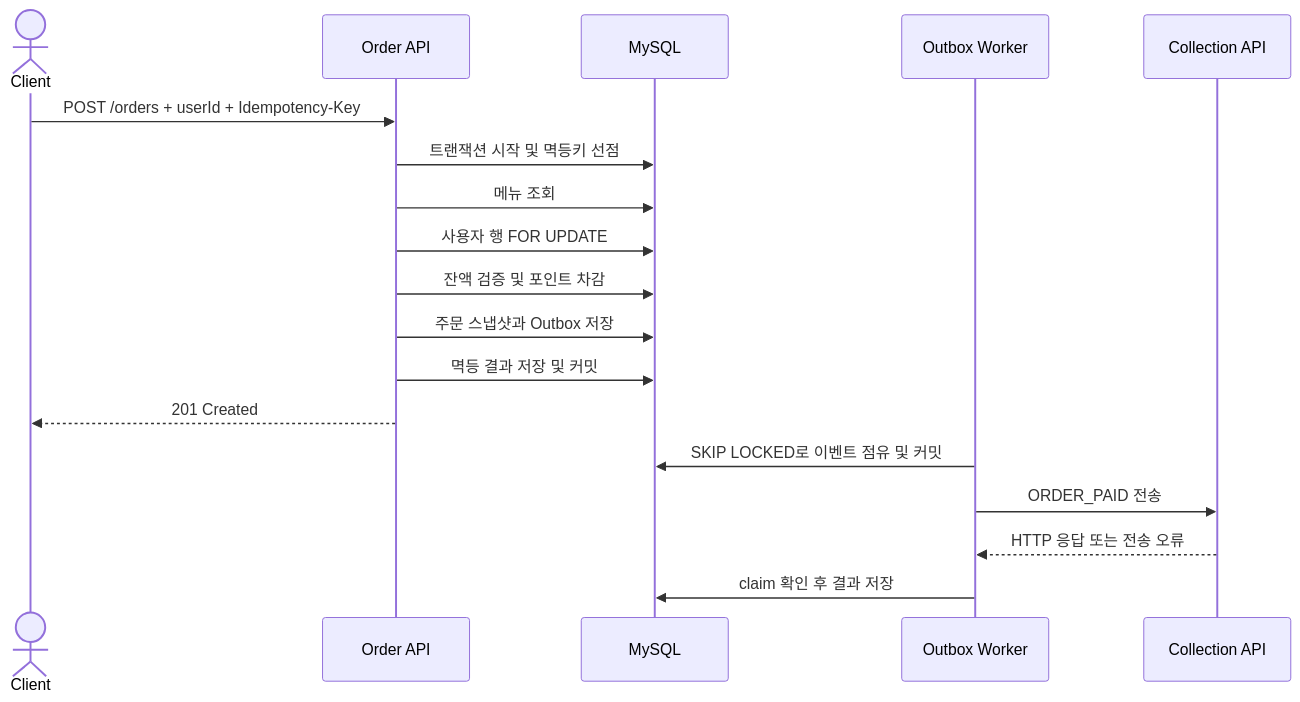
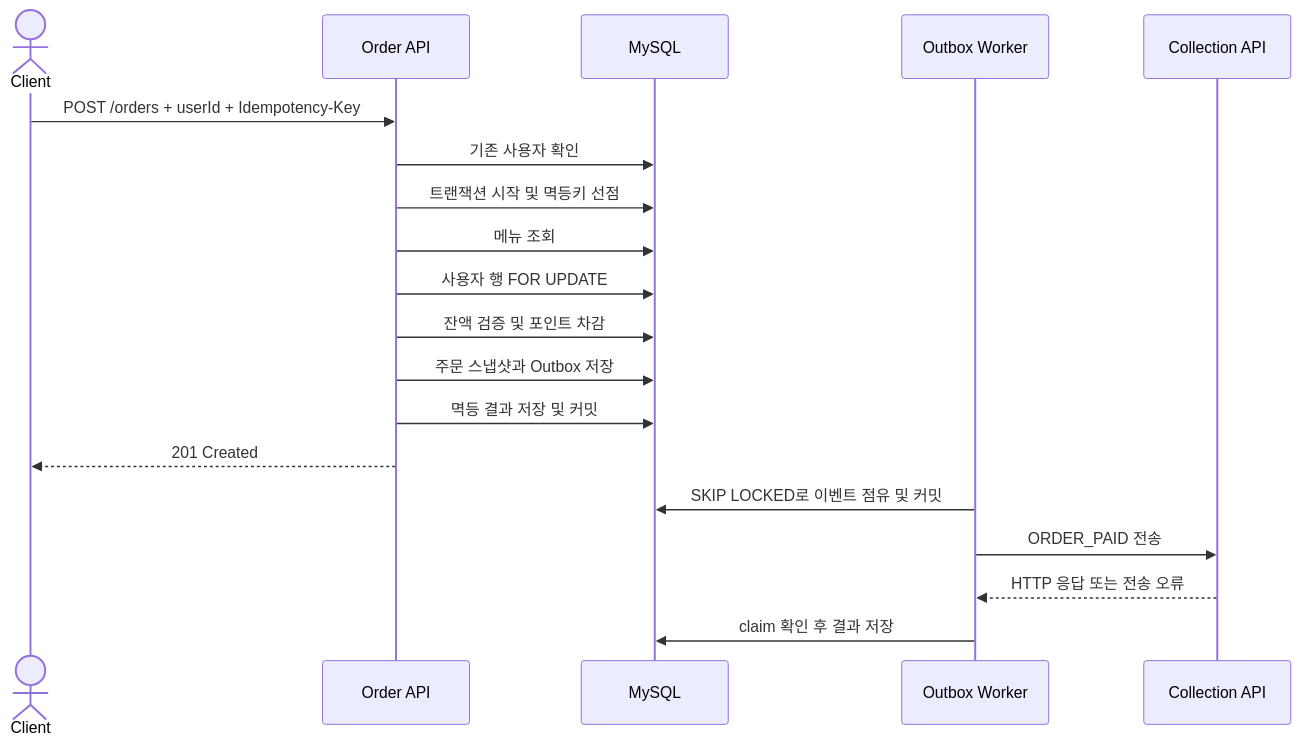
One commit to 0younge/coffee-order-system changed the second of 2 diagrams in docs/architecture.md. Above: the diagram before and after it, drawn with Mermaid. The commit also changed other lines of this file and 6 other files, not shown here.

````diff
--- a/docs/architecture.md
+++ b/docs/architecture.md
@@ -195,21 +197,22 @@
 ```mermaid
 sequenceDiagram
     actor Client
     participant API as Order API
     participant DB as MySQL
     participant Worker as Outbox Worker
     participant Collector as Collection API
 
     Client->>API: POST /orders + userId + Idempotency-Key
+    API->>DB: 기존 사용자 확인
     API->>DB: 트랜잭션 시작 및 멱등키 선점
     API->>DB: 메뉴 조회
     API->>DB: 사용자 행 FOR UPDATE
     API->>DB: 잔액 검증 및 포인트 차감
     API->>DB: 주문 스냅샷과 Outbox 저장
     API->>DB: 멱등 결과 저장 및 커밋
     API-->>Client: 201 Created
     Worker->>DB: SKIP LOCKED로 이벤트 점유 및 커밋
     Worker->>Collector: ORDER_PAID 전송
     Collector-->>Worker: HTTP 응답 또는 전송 오류
     Worker->>DB: claim 확인 후 결과 저장
 ```
````
